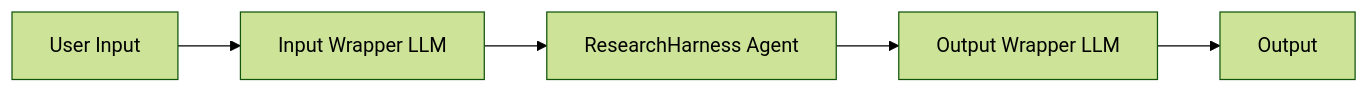
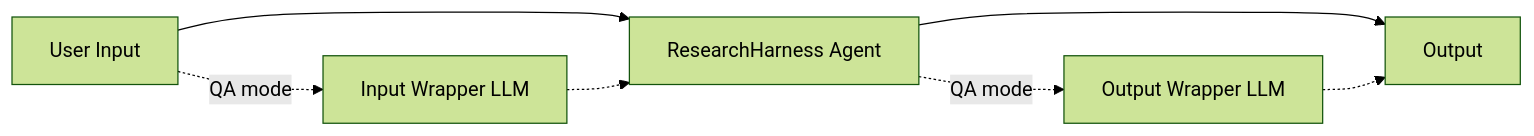
The diagram in docs/tutorial_en.md (black-yt/ResearchHarness), drawn with Mermaid (forest theme) before and after one commit. The commit also changed other lines of this file and 6 other files, not shown here.

````diff
--- a/docs/tutorial_en.md
+++ b/docs/tutorial_en.md
@@ -299,7 +296,9 @@
 ```mermaid
 flowchart LR
-    U[User Input] --> IW[Input Wrapper LLM]
-    IW --> A[ResearchHarness Agent]
-    A --> OW[Output Wrapper LLM]
-    OW --> O[Output]
+    U[User Input] --> A[ResearchHarness Agent]
+    A --> O[Output]
+    U -. QA mode .-> IW[Input Wrapper LLM]
+    IW -.-> A
+    A -. QA mode .-> OW[Output Wrapper LLM]
+    OW -.-> O
 ```
````
